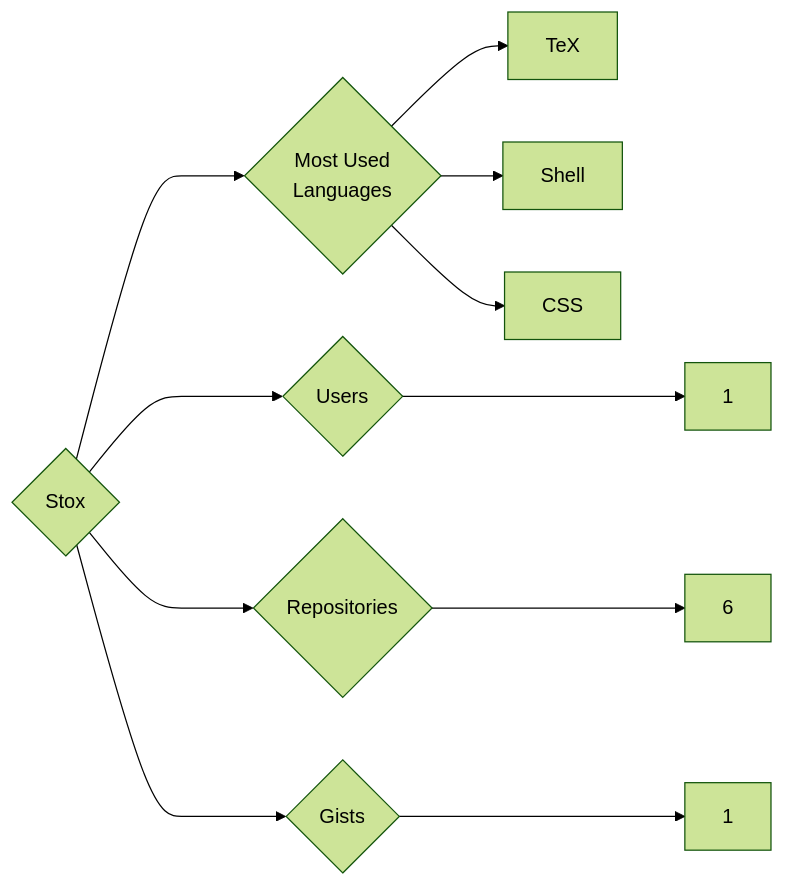
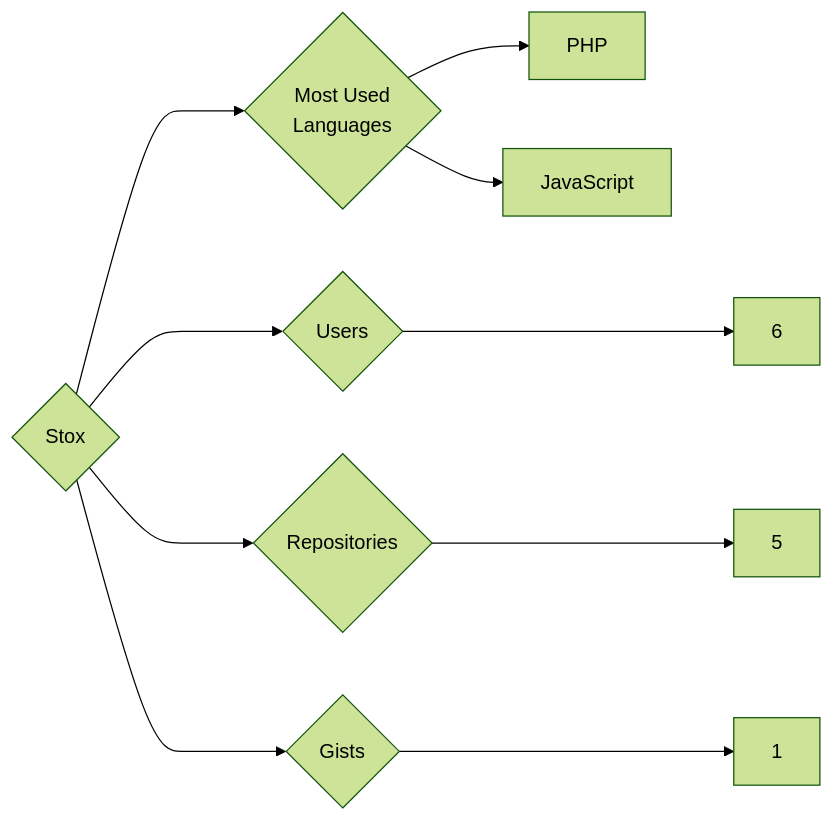
The diagram in targets/Stox/README.md (trickest/insiders), drawn with Mermaid (forest theme) before and after one commit. The commit also changed 895 other files, not shown here.

````diff
--- a/targets/Stox/README.md
+++ b/targets/Stox/README.md
@@ -3,11 +3,10 @@
 ```mermaid
 graph LR
 COMPANY_NAME{Stox}
-COMPANY_NAME ---> U{Users} ---> UN[1]
-COMPANY_NAME ---> R{Repositories} ---> RN[6]
+COMPANY_NAME ---> U{Users} ---> UN[6]
+COMPANY_NAME ---> R{Repositories} ---> RN[5]
 COMPANY_NAME ---> G{Gists} ---> GN[1]
 COMPANY_NAME ---> ML{Most Used<br>Languages}
-ML --> TeX[TeX]
-ML --> Shell[Shell]
-ML --> CSS[CSS]
+ML --> PHP[PHP]
+ML --> JavaScript[JavaScript]
 ```
````
